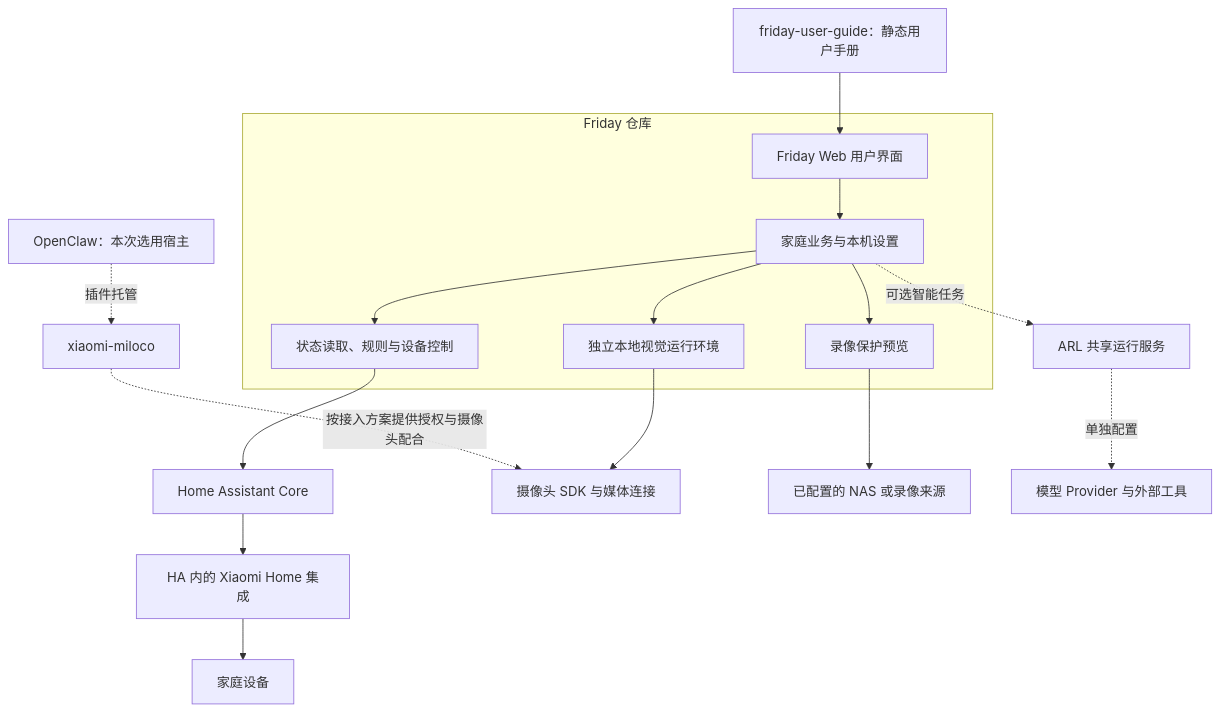
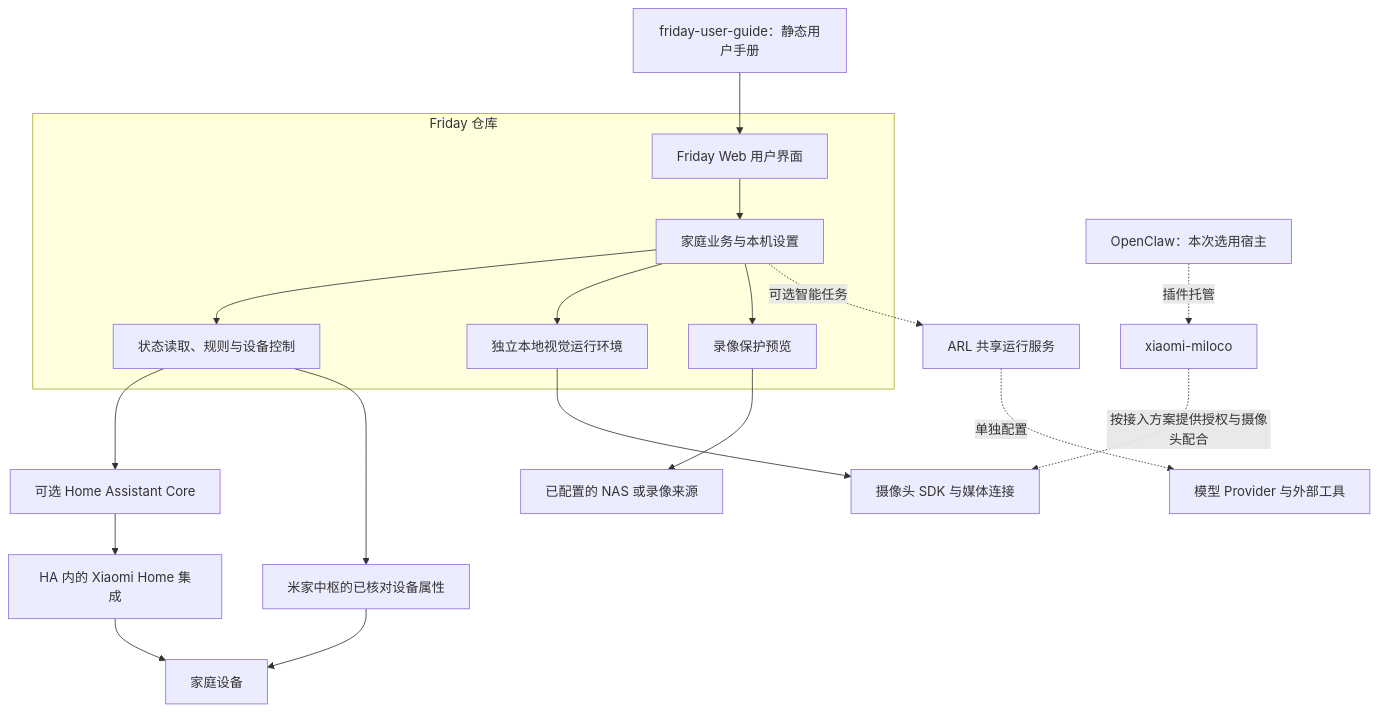
Before and after one commit to lijunfeng722/friday-project-index: the first of 3 diagrams in docs/architecture.md, drawn with Mermaid. The commit also changed other lines of this file and 1 other file, not shown here.

Commit message:
文档：说明米家中枢与 HA 的定时和事件职责

````diff
--- a/docs/architecture.md
+++ b/docs/architecture.md
@@ -7,19 +7,21 @@
 ```mermaid
 flowchart TB
   Docs[friday-user-guide：静态用户手册] --> Browser[Friday Web 用户界面]
   subgraph Friday[Friday 仓库]
     Browser --> API[家庭业务与本机设置]
     API --> Query[状态读取、规则与设备控制]
     API --> Vision[独立本地视觉运行环境]
     API --> Playback[录像保护预览]
   end
-  Query --> HA[Home Assistant Core]
+  Query --> HA[可选 Home Assistant Core]
+  Query --> MIoT[米家中枢的已核对设备属性]
+  MIoT --> Devices
   HA --> XH[HA 内的 Xiaomi Home 集成]
   XH --> Devices[家庭设备]
   Vision --> SDK[摄像头 SDK 与媒体连接]
   Miloco[xiaomi-miloco] -. 按接入方案提供授权与摄像头配合 .-> SDK
   OpenClaw[OpenClaw：本次选用宿主] -. 插件托管 .-> Miloco
   Playback --> NAS[已配置的 NAS 或录像来源]
   API -. 可选智能任务 .-> ARL[ARL 共享运行服务]
   ARL -. 单独配置 .-> Models[模型 Provider 与外部工具]
 ```
````
